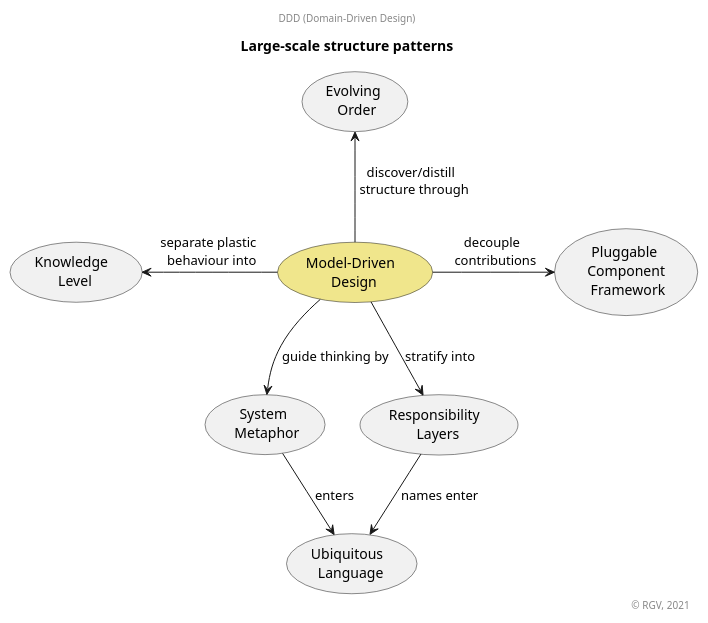
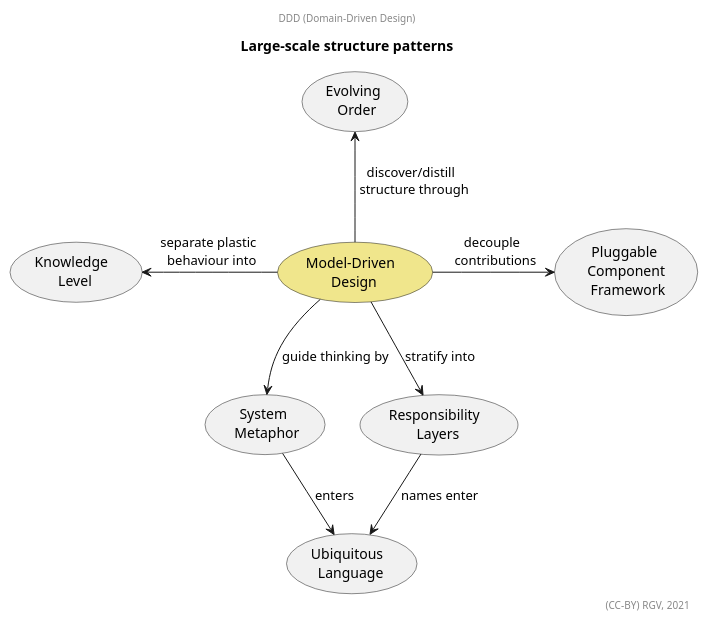
Before and after one commit to RicardoGuzmanVelasco/DomainModelling: the diagram in DDD/LargescaleStructurePatterns.puml, drawn with PlantUML. The commit also changed 16 other files, not shown here.

```diff
--- a/DDD/LargescaleStructurePatterns.puml
+++ b/DDD/LargescaleStructurePatterns.puml
@@ -1,33 +1,33 @@
 @startuml
 'https://plantuml.com/class-diagram
 center header DDD (Domain-Driven Design)
 title Large-scale structure patterns
 allowmixing
 '''''''''''''
 
 usecase "Model-Driven \n Design" as MDD #khaki
 
     usecase "System \n Metaphor" as SM
     usecase "Responsibility \n Layers" as RL
     
         usecase "Ubiquitous \n Language" as UL
         
     usecase "Knowledge \n Level" as KL
     
     usecase "Pluggable \n Component \n Framework" as PCF
 
     usecase "Evolving \n Order" as EO
     
 '''''''''''''
 
 MDD --> SM : guide thinking by
     SM --> UL : enters
 MDD --> RL : stratify into
     RL --> UL : names enter 
 MDD -l-> KL : "separate plastic \n behaviour into"
 MDD -r-> PCF : "decouple \n contributions"
 MDD --u> EO : "discover/distill \n structure through"
 
 '''''''''''''
-right footer © RGV, 2021
+right footer (CC-BY) RGV, 2021
 @enduml
```
